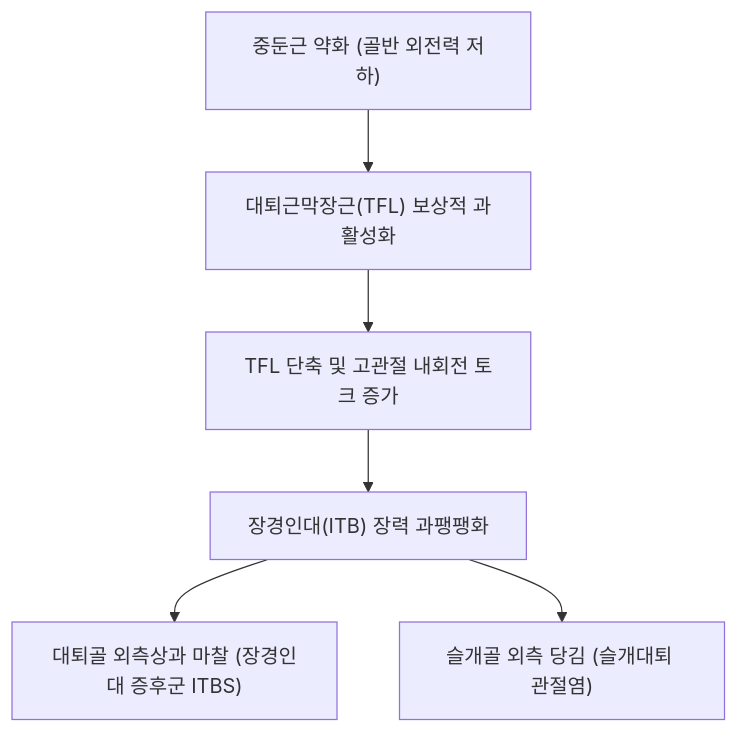
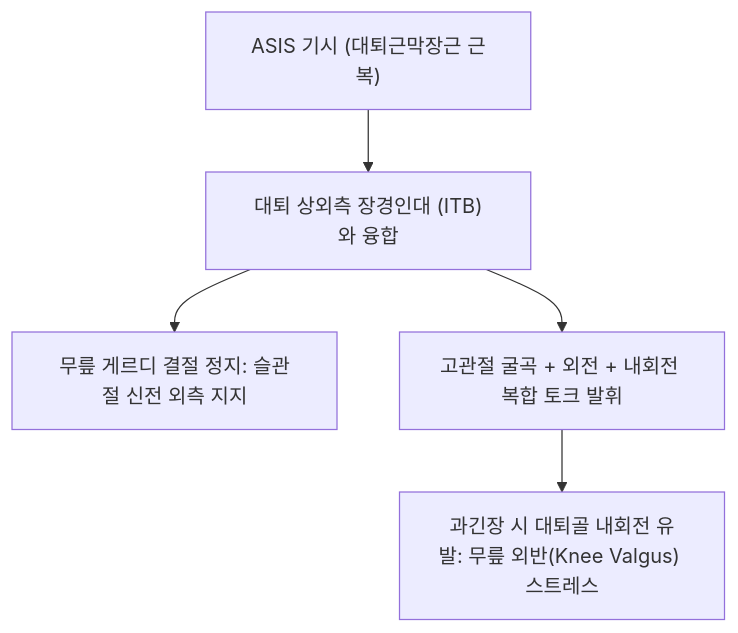
The diagram in content/1. 근골격계 공부/근육/(10) 둔부/대퇴근막장근.md (simbio11/simbio-digital-garden2), drawn with Mermaid before and after one commit. The commit also changed other lines of this file and 150 other files, not shown here.

````diff
--- a/content/1. 근골격계 공부/근육/(10) 둔부/대퇴근막장근.md
+++ b/content/1. 근골격계 공부/근육/(10) 둔부/대퇴근막장근.md
@@ -48,8 +54,7 @@
 ```mermaid
 graph TD
-    GluteMedWeak["중둔근 약화 (골반 외전력 저하)"] --> TFLOveruse["대퇴근막장근(TFL) 보상적 과활성화"]
-    TFLOveruse --> TFLContracture["TFL 단축 및 고관절 내회전 토크 증가"]
-    TFLContracture --> ITBTension["장경인대(ITB) 장력 과팽팽화"]
-    ITBTension --> KneeFriction["대퇴골 외측상과 마찰 (장경인대 증후군 ITBS)"]
-    ITBTension --> PatellaTilt["슬개골 외측 당김 (슬개대퇴 관절염)"]
+    ASISOrigin["ASIS 기시 (대퇴근막장근 근복)"] --> ITBFusion["대퇴 상외측 장경인대 (ITB)와 융합"]
+    ITBFusion --> LateralKneeSupport["무릎 게르디 결절 정지: 슬관절 신전 외측 지지"]
+    ITBFusion --> HipTorque["고관절 굴곡 + 외전 + 내회전 복합 토크 발휘"]
+    HipTorque --> ValgusStress["과긴장 시 대퇴골 내회전 유발: 무릎 외반(Knee Valgus) 스트레스"]
 ```
````
